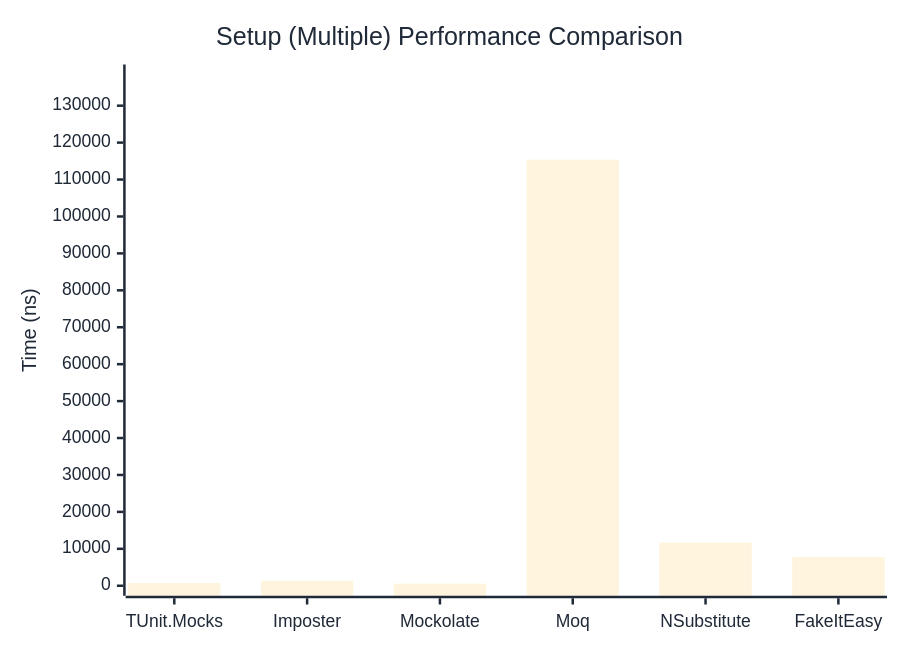
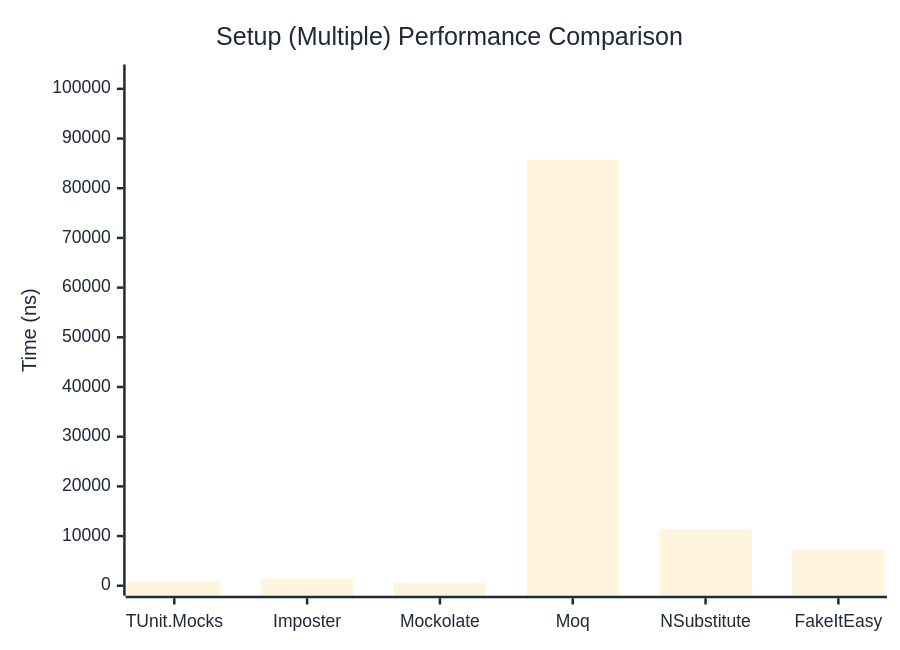
The second of 2 diagrams in docs/docs/benchmarks/mocks/Setup.md (thomhurst/TUnit), drawn with Mermaid before and after one commit. The commit also changed other lines of this file and 14 other files, not shown here.

````diff
--- a/docs/docs/benchmarks/mocks/Setup.md
+++ b/docs/docs/benchmarks/mocks/Setup.md
@@ -71,27 +71,27 @@
 ```mermaid
 %%{init: {
   'theme':'base',
   'themeVariables': {
     'primaryColor': '#2563eb',
     'primaryTextColor': '#1f2937',
     'primaryBorderColor': '#1e40af',
     'lineColor': '#6b7280',
     'secondaryColor': '#7c3aed',
     'tertiaryColor': '#dc2626',
     'background': '#ffffff',
     'pie1': '#2563eb',
     'pie2': '#7c3aed',
     'pie3': '#dc2626',
     'pie4': '#f59e0b',
     'pie5': '#10b981',
     'pie6': '#06b6d4',
     'pie7': '#ec4899',
     'pie8': '#6366f1'
   }
 }}%%
 xychart-beta
   title "Setup (Multiple) Performance Comparison"
   x-axis ["TUnit.Mocks", "Imposter", "Mockolate", "Moq", "NSubstitute", "FakeItEasy"]
-  y-axis "Time (ns)" 0 --> 138443
-  bar [742.8, 1329, 560, 115368.8, 11692.9, 7796.9]
+  y-axis "Time (ns)" 0 --> 102888
+  bar [913.9, 1501.3, 601.7, 85739.4, 11410.4, 7198.8]
 ```
````
